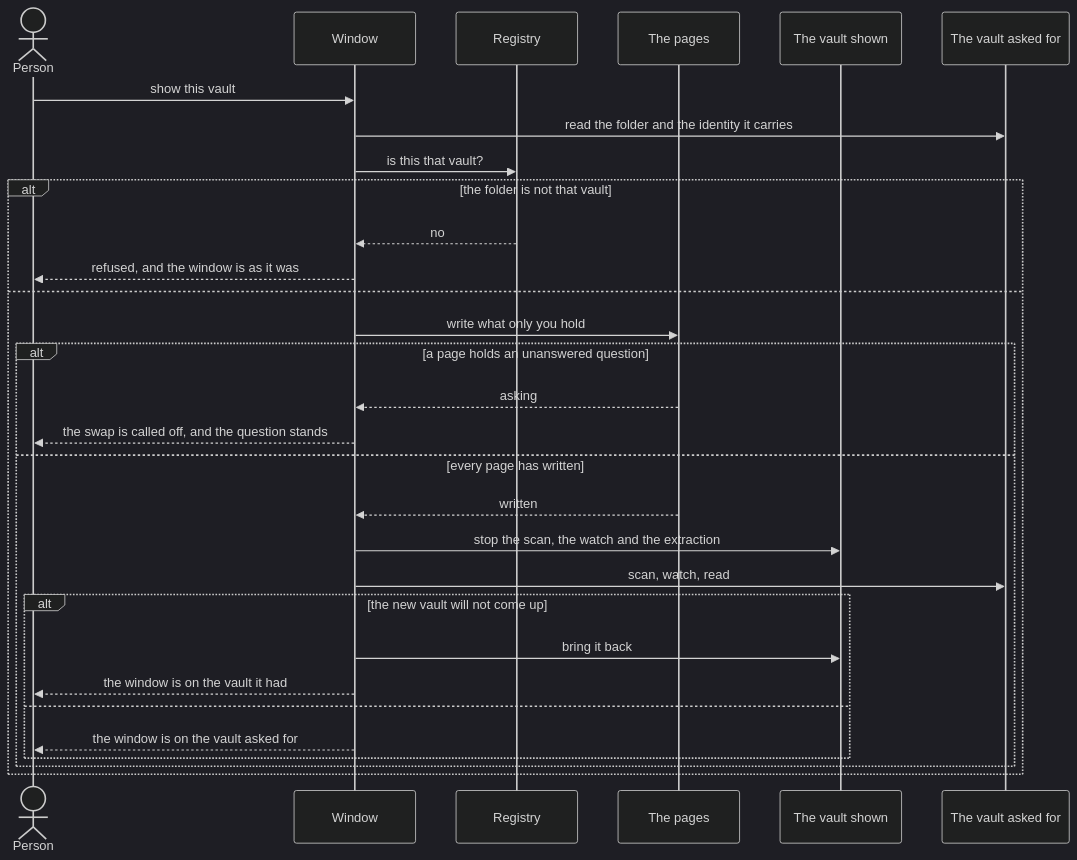
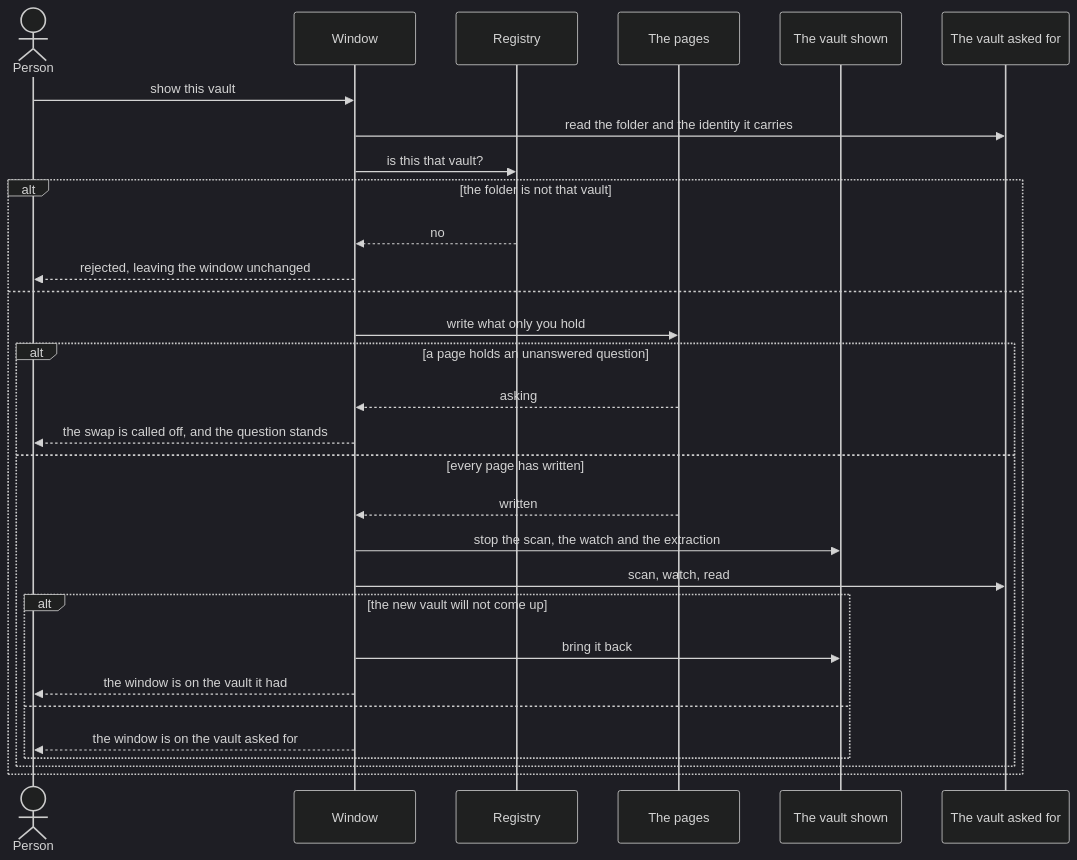
Before and after one commit to jiva-studio/numen: the diagram in docs/vaults.md, drawn with Mermaid (dark theme). The commit also changed other lines of this file and 150 other files, not shown here.

````diff
--- a/docs/vaults.md
+++ b/docs/vaults.md
@@ -29,33 +29,33 @@
 ```mermaid
 sequenceDiagram
     actor Person
     participant Window
     participant Registry
     participant Pages as The pages
     participant Old as The vault shown
     participant New as The vault asked for
 
     Person->>Window: show this vault
     Window->>New: read the folder and the identity it carries
     Window->>Registry: is this that vault?
     alt the folder is not that vault
         Registry-->>Window: no
-        Window-->>Person: refused, and the window is as it was
+        Window-->>Person: rejected, leaving the window unchanged
     else
         Window->>Pages: write what only you hold
         alt a page holds an unanswered question
             Pages-->>Window: asking
             Window-->>Person: the swap is called off, and the question stands
         else every page has written
             Pages-->>Window: written
             Window->>Old: stop the scan, the watch and the extraction
             Window->>New: scan, watch, read
             alt the new vault will not come up
                 Window->>Old: bring it back
                 Window-->>Person: the window is on the vault it had
             else
                 Window-->>Person: the window is on the vault asked for
             end
         end
     end
 ```
````
